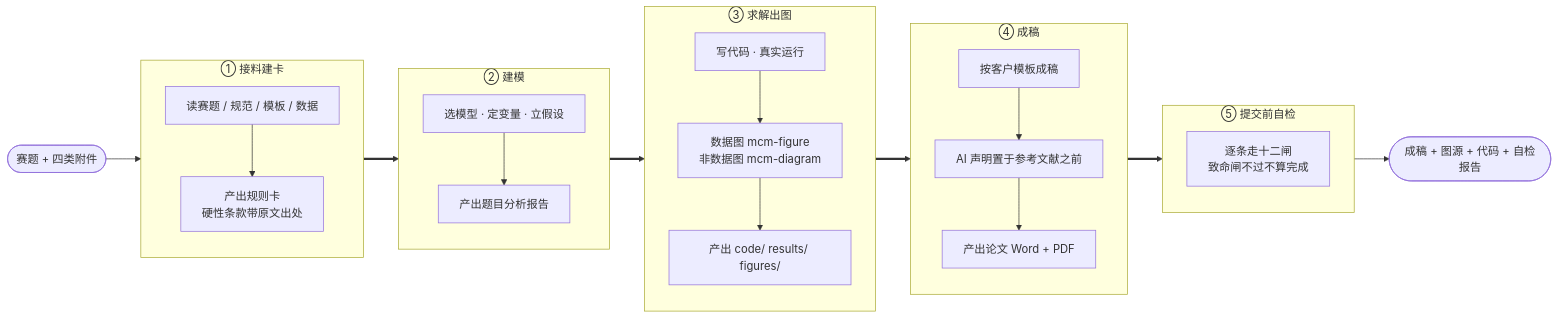
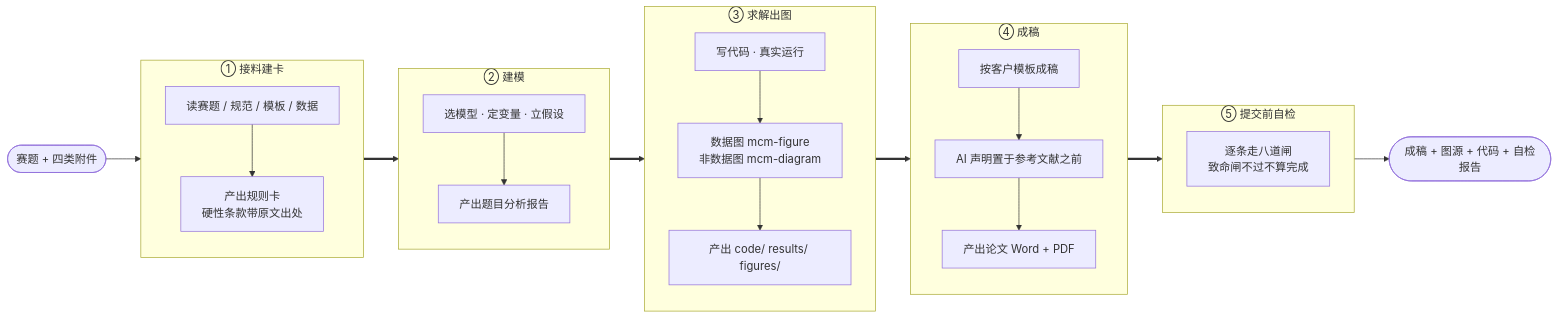
One commit to SpenBug/mcm-agent changed the first of 2 diagrams in README.md. Above: the diagram before and after it, drawn with Mermaid. The commit also changed other lines of this file and 2 other files, not shown here.

````diff
--- a/README.md
+++ b/README.md
@@ -143,41 +137,41 @@
 ```mermaid
 flowchart LR
     Q(["赛题 + 四类附件"]) --> S1
 
     subgraph S1["① 接料建卡"]
         direction TB
         A1["读赛题 / 规范 / 模板 / 数据"]
         A2["产出规则卡<br/>硬性条款带原文出处"]
         A1 --> A2
     end
 
     subgraph S2["② 建模"]
         direction TB
         B1["选模型 · 定变量 · 立假设"]
         B2["产出题目分析报告"]
         B1 --> B2
     end
 
     subgraph S3["③ 求解出图"]
         direction TB
         C1["写代码 · 真实运行"]
         C2["数据图 mcm-figure<br/>非数据图 mcm-diagram"]
         C3["产出 code/ results/ figures/"]
         C1 --> C2 --> C3
     end
 
     subgraph S4["④ 成稿"]
         direction TB
         D1["按客户模板成稿"]
         D2["AI 声明置于参考文献之前"]
         D3["产出论文 Word + PDF"]
         D1 --> D2 --> D3
     end
 
     subgraph S5["⑤ 提交前自检"]
-        E1["逐条走十二闸<br/>致命闸不过不算完成"]
+        E1["逐条走八道闸<br/>致命闸不过不算完成"]
     end
 
     S1 ==> S2 ==> S3 ==> S4 ==> S5
     S5 --> OUT(["成稿 + 图源 + 代码 + 自检报告"])
 ```
````
